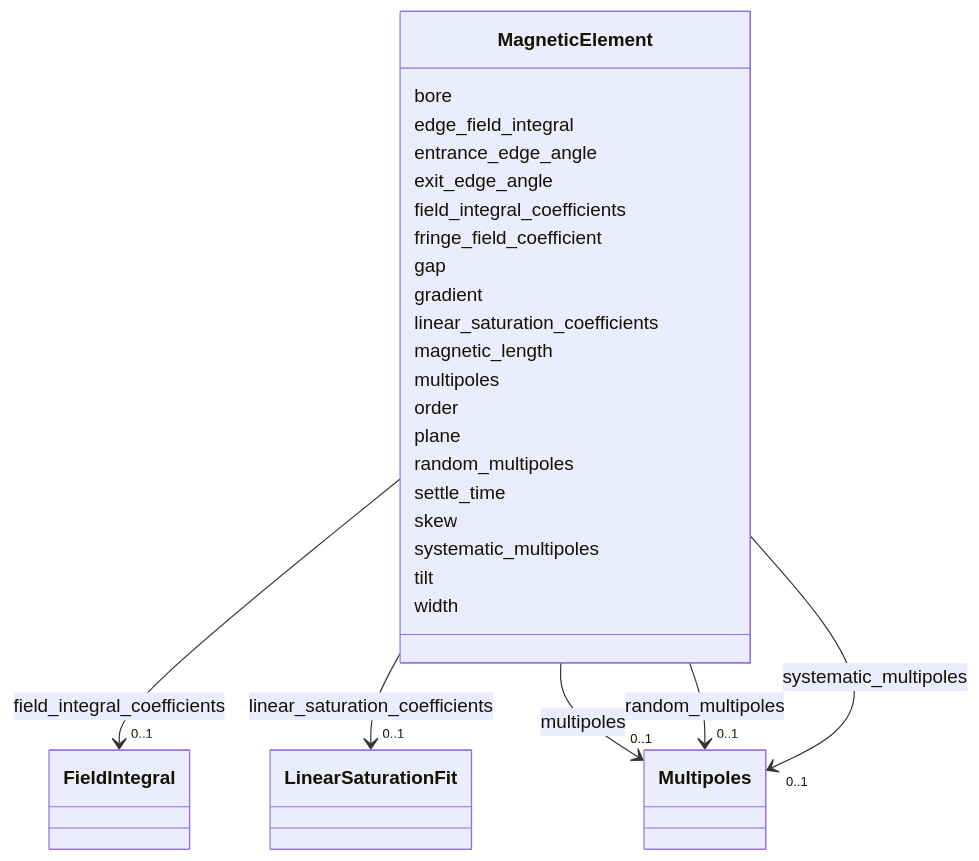
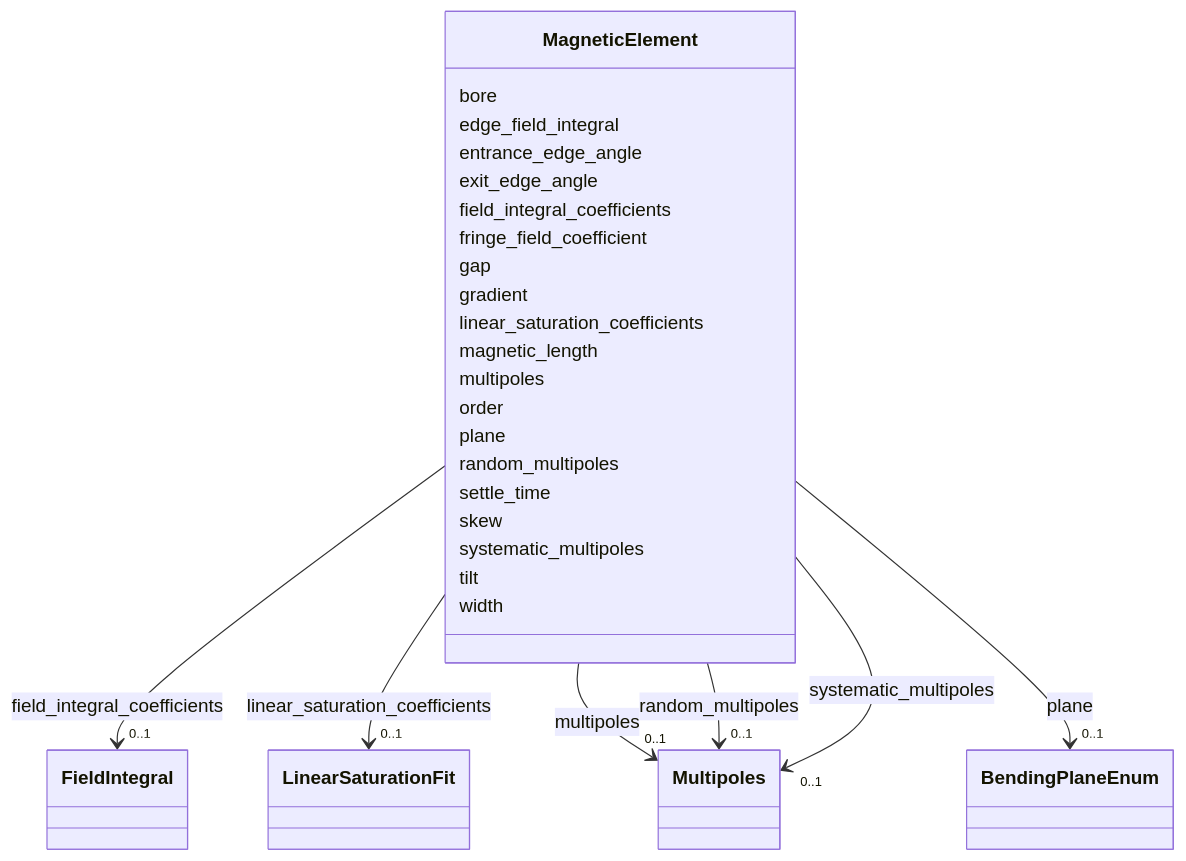
One commit to astec-stfc/laura changed the diagram in docs/source/schema/MagneticElement.md. Above: the diagram before and after it, drawn with Mermaid. The commit also changed other lines of this file and 127 other files, not shown here.

```diff
--- a/docs/source/schema/MagneticElement.md
+++ b/docs/source/schema/MagneticElement.md
@@ -77,6 +77,15 @@
         
       MagneticElement : plane
         
+          
+    
+        
+        
+        MagneticElement --> "0..1" BendingPlaneEnum : plane
+        click BendingPlaneEnum href "../BendingPlaneEnum/"
+    
+
+        
       MagneticElement : random_multipoles
         
           
```
